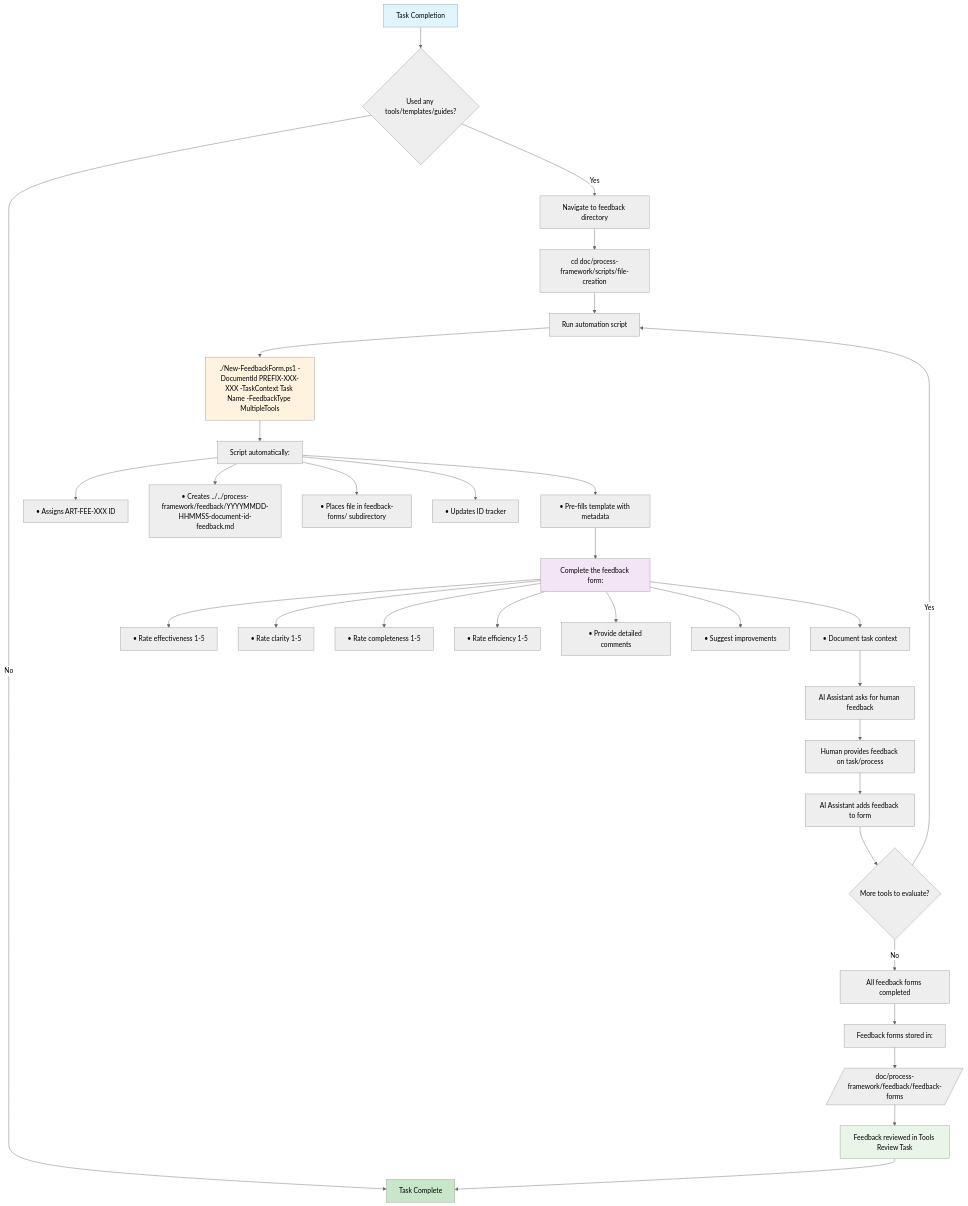
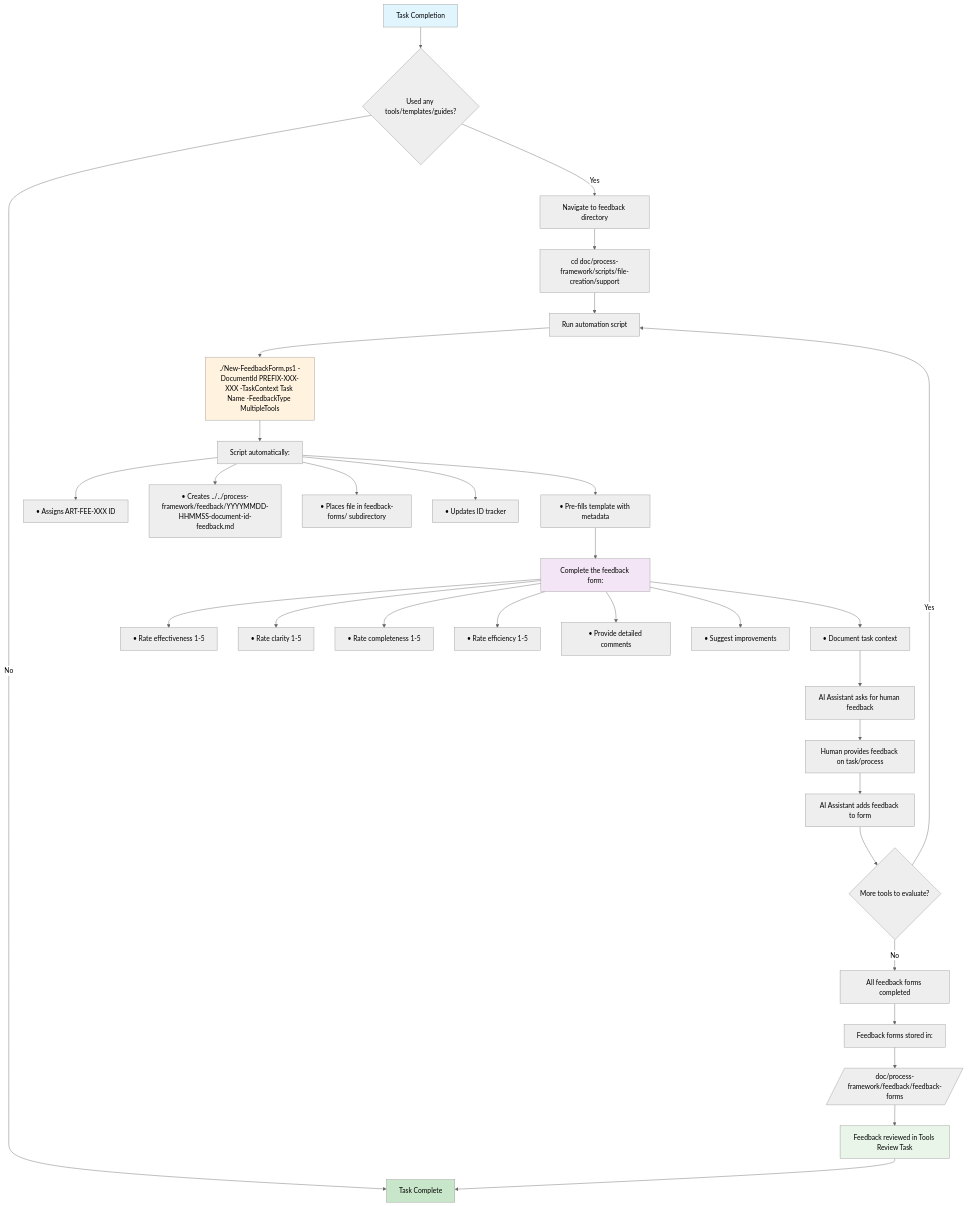
Before and after one commit to Abtomation/LinkWatcher: the diagram in doc/process-framework/feedback/feedback-process-flowchart.md, drawn with Mermaid (neutral theme). The commit also changed other lines of this file and 893 other files, not shown here.

````diff
--- a/doc/process-framework/feedback/feedback-process-flowchart.md
+++ b/doc/process-framework/feedback/feedback-process-flowchart.md
@@ -17,45 +17,45 @@
 ```mermaid
 flowchart TD
     A[Task Completion] --> B{Used any tools/templates/guides?}
     B -->|No| Z[Task Complete]
     B -->|Yes| C[Navigate to feedback directory]
 
-    C --> D[cd doc/process-framework/scripts/file-creation]
+    C --> D[cd doc/process-framework/scripts/file-creation/support]
     D --> E[Run automation script]
     E --> F[./New-FeedbackForm.ps1 -DocumentId PREFIX-XXX-XXX -TaskContext Task Name -FeedbackType MultipleTools]
 
     F --> G[Script automatically:]
     G --> H[• Assigns ART-FEE-XXX ID]
     G --> I[• Creates ../../process-framework/feedback/YYYYMMDD-HHMMSS-document-id-feedback.md]
     G --> J[• Places file in feedback-forms/ subdirectory]
     G --> K[• Updates ID tracker]
     G --> L[• Pre-fills template with metadata]
 
     L --> M[Complete the feedback form:]
     M --> N[• Rate effectiveness 1-5]
     M --> O[• Rate clarity 1-5]
     M --> P[• Rate completeness 1-5]
     M --> Q[• Rate efficiency 1-5]
     M --> R[• Provide detailed comments]
     M --> S[• Suggest improvements]
     M --> T[• Document task context]
 
     T --> T1[AI Assistant asks for human feedback]
     T1 --> T2[Human provides feedback on task/process]
     T2 --> T3[AI Assistant adds feedback to form]
 
     T3 --> U{More tools to evaluate?}
     U -->|Yes| E
     U -->|No| V[All feedback forms completed]
 
     V --> W[Feedback forms stored in:]
     W --> X[/doc/process-framework/feedback/feedback-forms/]
     X --> Y[Feedback reviewed in Tools Review Task]
     Y --> Z[Task Complete]
 
     style A fill:#e1f5fe
     style Z fill:#c8e6c9
     style F fill:#fff3e0
     style M fill:#f3e5f5
     style Y fill:#e8f5e8
 ```
````
